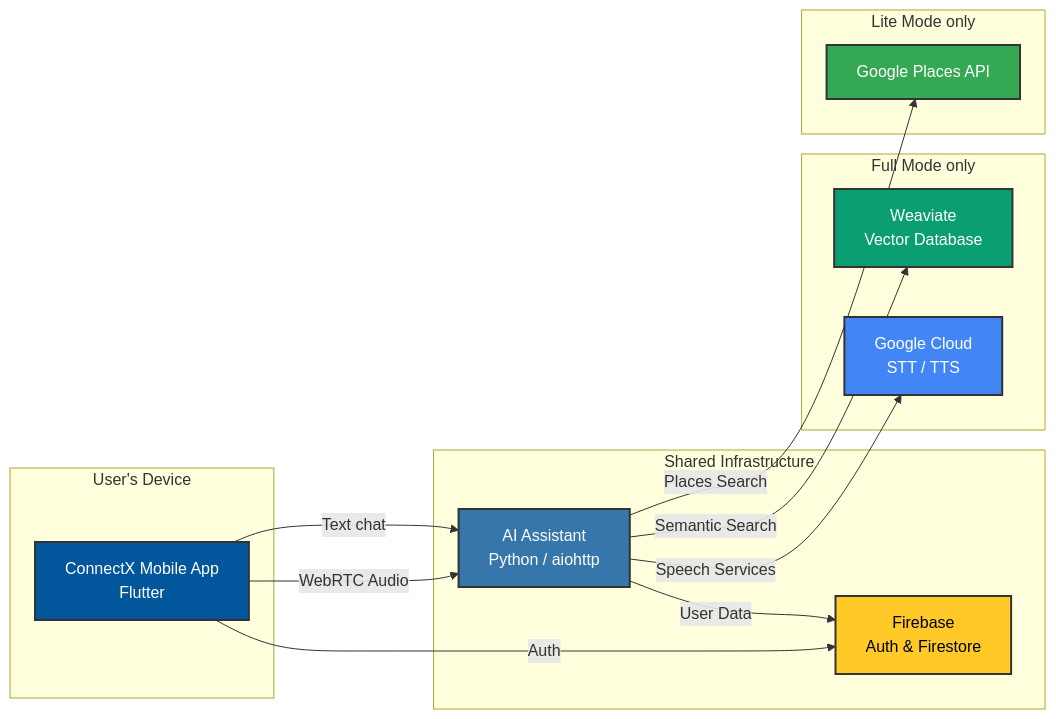
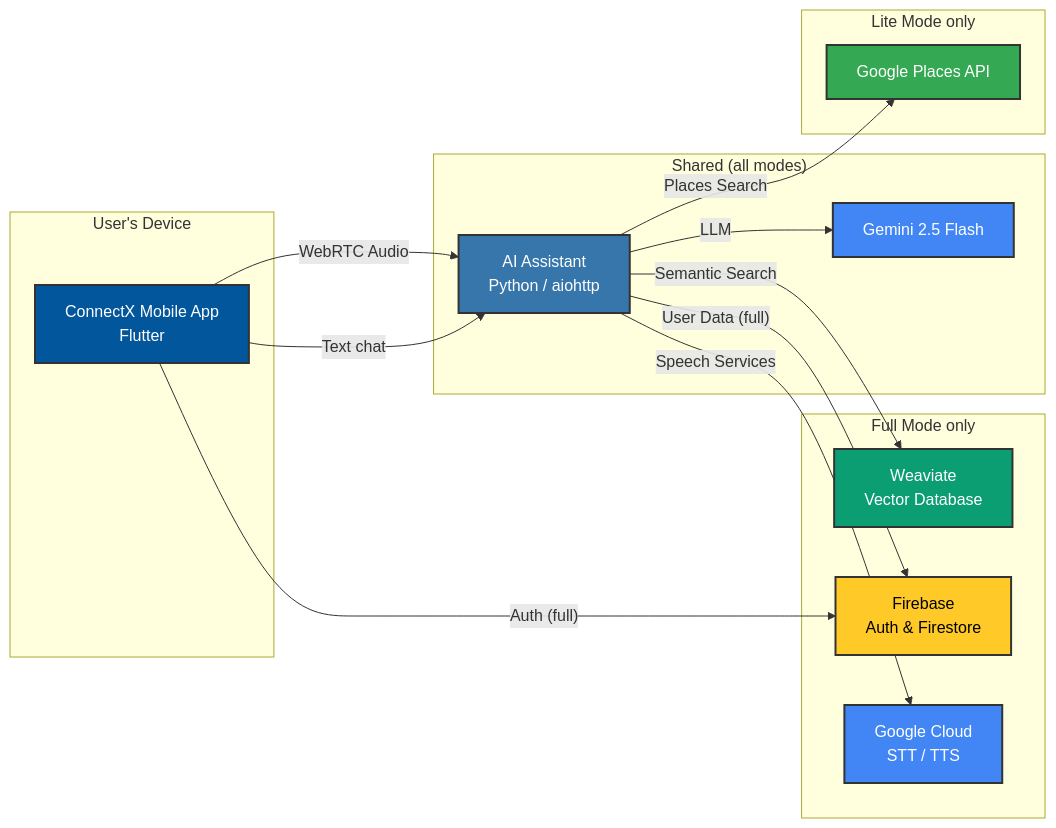
One commit to Fides-Connect/linkora changed the diagram in README.md. Above: the diagram before and after it, drawn with Mermaid. The commit also changed other lines of this file and 2 other files, not shown here.

Commit message:
Fix Copilot review findings in README and docs

````diff
--- a/README.md
+++ b/README.md
@@ -79,35 +79,38 @@
 ```mermaid
 graph LR
     subgraph Device["User's Device"]
         A[ConnectX Mobile App\nFlutter]
     end
 
-    subgraph Shared["Shared Infrastructure"]
+    subgraph Shared["Shared (all modes)"]
         B[AI Assistant\nPython / aiohttp]
-        D[Firebase\nAuth & Firestore]
+        G[Gemini 2.5 Flash]
     end
 
     subgraph Full["Full Mode only"]
         C[Weaviate\nVector Database]
+        D[Firebase\nAuth & Firestore]
         E[Google Cloud\nSTT / TTS]
     end
 
     subgraph Lite["Lite Mode only"]
         F[Google Places API]
     end
 
-    A -- "Auth" --> D
+    A -- "Auth (full)" --> D
     A -- "WebRTC Audio" --> B
     A -- "Text chat" --> B
-    B -- "User Data" --> D
+    B -- "LLM" --> G
+    B -- "User Data (full)" --> D
     B -- "Semantic Search" --> C
     B -- "Speech Services" --> E
     B -- "Places Search" --> F
 
     style A fill:#02569B,stroke:#333,stroke-width:2px,color:#fff
     style B fill:#3776AB,stroke:#333,stroke-width:2px,color:#fff
     style C fill:#0C9E73,stroke:#333,stroke-width:2px,color:#fff
     style D fill:#FFCA28,stroke:#333,stroke-width:2px,color:#000
     style E fill:#4285F4,stroke:#333,stroke-width:2px,color:#fff
     style F fill:#34A853,stroke:#333,stroke-width:2px,color:#fff
+    style G fill:#4285F4,stroke:#333,stroke-width:2px,color:#fff
 ```
````
